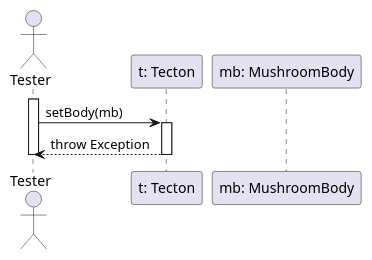
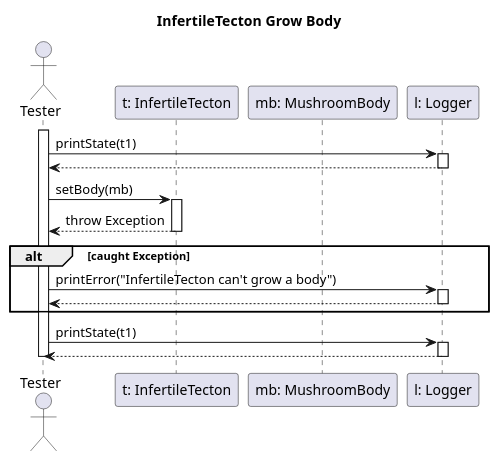
One commit to dzsem/projlab changed the diagram in diagrams/test-sequence/infertileTectonGrowBody.puml. Above: the diagram before and after it, drawn with PlantUML.

```diff
--- a/diagrams/test-sequence/infertileTectonGrowBody.puml
+++ b/diagrams/test-sequence/infertileTectonGrowBody.puml
@@ -1,17 +1,37 @@
-@startuml tectoGrowBodyTest
+@startuml InfertileTectonGrowBodyTest
+
+title InfertileTecton Grow Body
 
 actor "Tester" as ts
-participant "t: Tecton" as t
+participant "t: InfertileTecton" as t
 participant "mb: MushroomBody" as mb
+participant "l: Logger" as l
 
 activate ts
+
+ts -> l: printState(t1)
+activate l
+ts <-- l
+deactivate l
 
 ts -> t: setBody(mb)
 activate t
 
 ts <-- t: throw Exception
 deactivate t
 
+alt caught Exception
+    ts -> l: printError("InfertileTecton can't grow a body")
+    activate l
+    ts <-- l
+    deactivate l
+end
+
+ts -> l: printState(t1)
+activate l
+ts <-- l
+deactivate l
+
 deactivate ts
 
 @enduml
```
